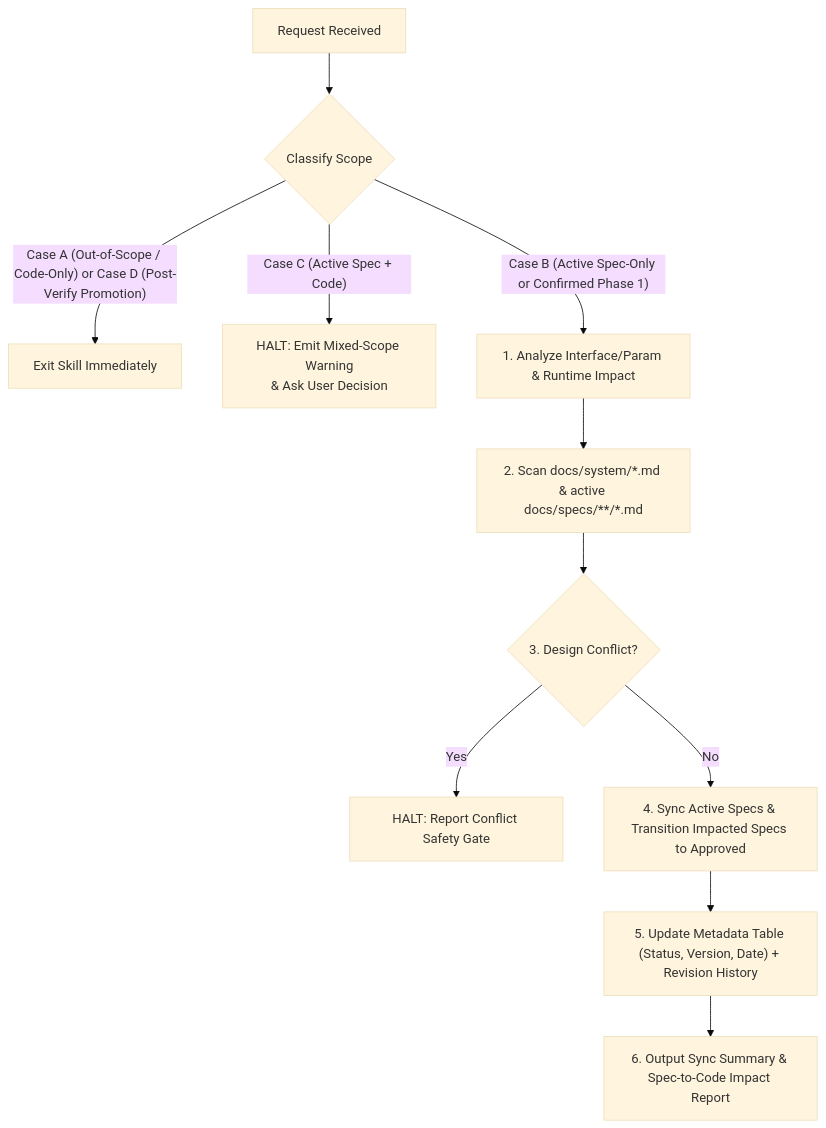
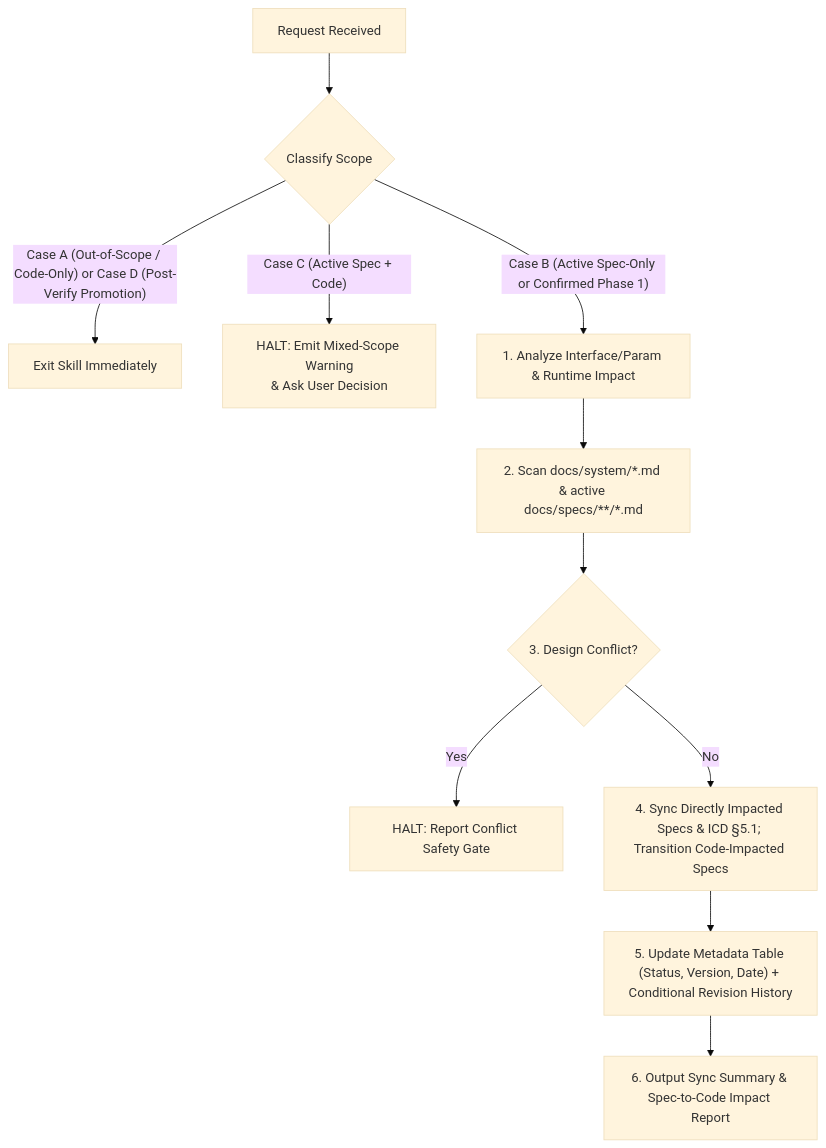
The diagram in .agent/skills/specification-lifecycle-manager/SKILL.md (Polimachi/Aeroneutics_Autopilot), drawn with Mermaid (base theme) before and after one commit. The commit also changed other lines of this file and 11 other files, not shown here.

Commit message:
docs(task-019): abolish peer version badges in 10 specs and sync governance rules

````diff
--- a/.agent/skills/specification-lifecycle-manager/SKILL.md
+++ b/.agent/skills/specification-lifecycle-manager/SKILL.md
@@ -122,13 +123,13 @@
 ```mermaid
 flowchart TD
     Start["Request Received"] --> Gate{"Classify Scope"}
     Gate -- "Case A (Out-of-Scope / Code-Only) or Case D (Post-Verify Promotion)" --> Exit["Exit Skill Immediately"]
     Gate -- "Case C (Active Spec + Code)" --> Warn["HALT: Emit Mixed-Scope Warning<br/>& Ask User Decision"]
     Gate -- "Case B (Active Spec-Only or Confirmed Phase 1)" --> Impact["1. Analyze Interface/Param & Runtime Impact"]
     Impact --> Scan["2. Scan docs/system/*.md & active docs/specs/**/*.md"]
     Scan --> Conflict{"3. Design Conflict?"}
     Conflict -- "Yes" --> StopConflict["HALT: Report Conflict Safety Gate"]
-    Conflict -- "No" --> Sync["4. Sync Active Specs & Transition Impacted Specs to Approved"]
-    Sync --> Meta["5. Update Metadata Table (Status, Version, Date) + Revision History"]
+    Conflict -- "No" --> Sync["4. Sync Directly Impacted Specs & ICD §5.1; Transition Code-Impacted Specs"]
+    Sync --> Meta["5. Update Metadata Table (Status, Version, Date) + Conditional Revision History"]
     Meta --> Report["6. Output Sync Summary & Spec-to-Code Impact Report"]
 ```
````
